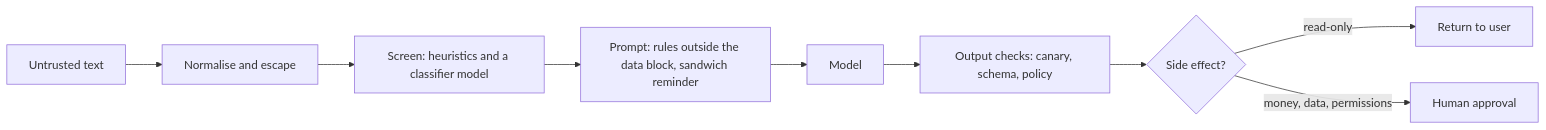
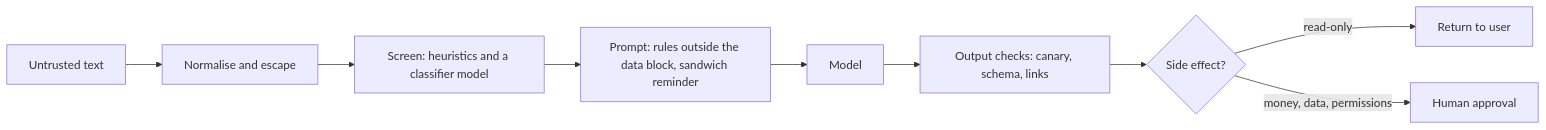
One commit to TheLearningHubOrg/learn-prompt-engineering changed diagram 23 of 38 in README.md. Above: the diagram before and after it, drawn with Mermaid. The commit also changed other lines of this file and 15 other files, not shown here.

````diff
--- a/README.md
+++ b/README.md
@@ -1820,11 +2216,11 @@
 ```mermaid
 flowchart LR
     IN["Untrusted text"] --> N["Normalise and escape"]
     N --> SC["Screen: heuristics and a classifier model"]
     SC --> PR["Prompt: rules outside the data block, sandwich reminder"]
     PR --> M["Model"]
-    M --> OUT["Output checks: canary, schema, policy"]
+    M --> OUT["Output checks: canary, schema, links"]
     OUT --> ACT{"Side effect?"}
     ACT -->|"read-only"| R["Return to user"]
     ACT -->|"money, data, permissions"| H["Human approval"]
 ```
````
